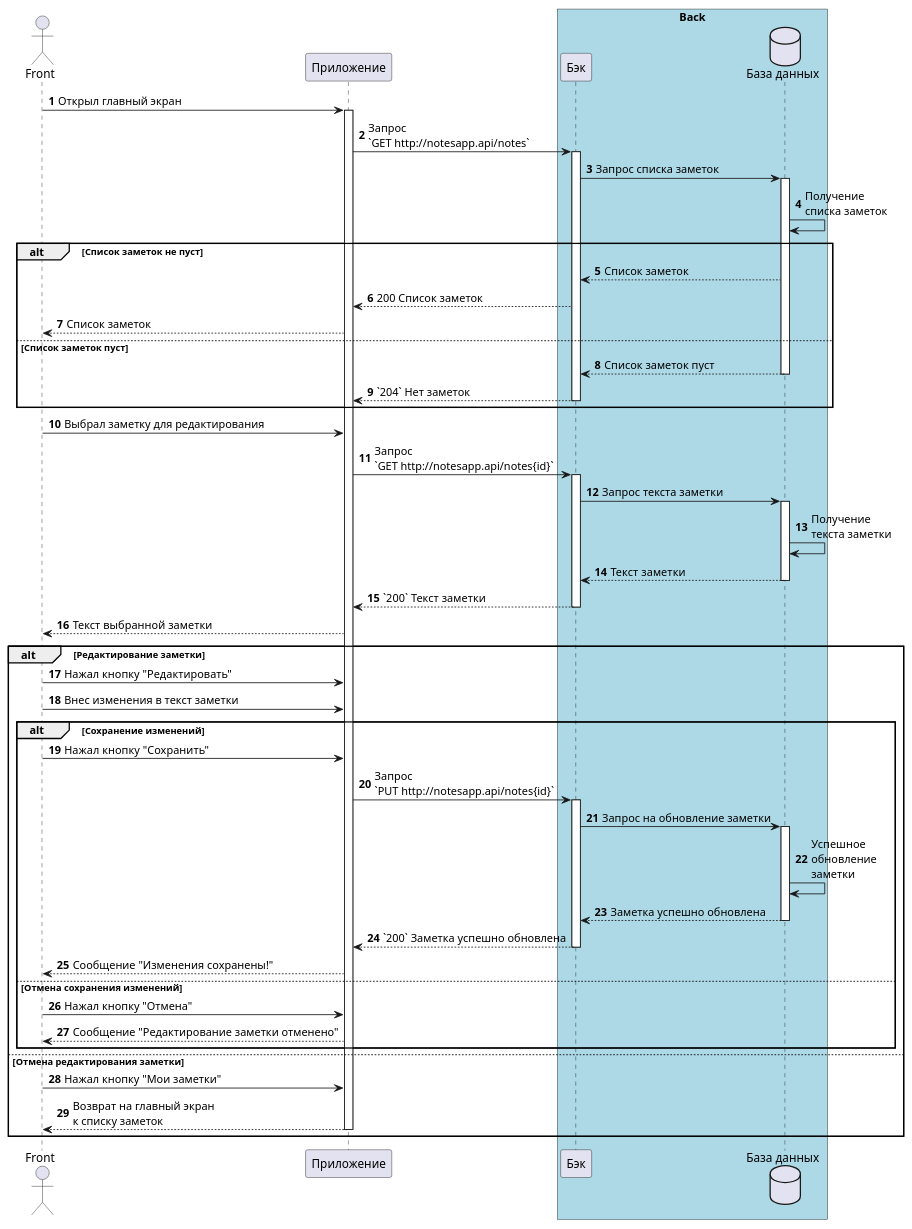
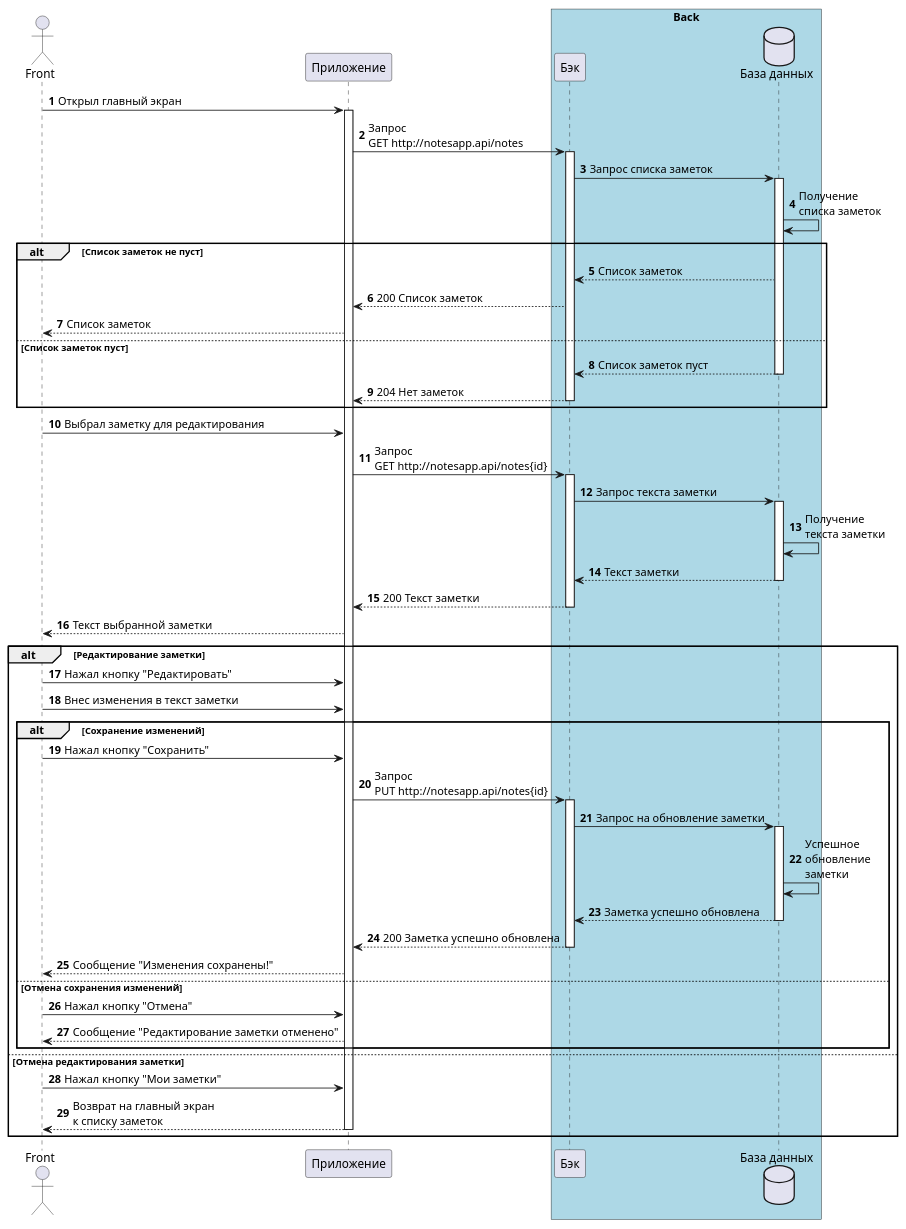
Before and after one commit to elena-chistyakova/study_manual: the diagram in docs/notesupp.md, drawn with PlantUML. The commit also changed other lines of this file, not shown here.

Commit message:
добавлен код  диаграммы puml

````diff
--- a/docs/notesupp.md
+++ b/docs/notesupp.md
@@ -41,52 +41,52 @@
 ```puml
 @startuml
 actor "Front" as front
 autonumber
 participant "Приложение" as app
 box "Back" #LightBlue
 participant "Бэк" as b
 database "База данных" as db
 end box
 
 front -> app++: Открыл главный экран
-app -> b++: Запрос\n`GET http://notesapp.api/notes`
+app -> b++: Запрос\nGET http://notesapp.api/notes
 b -> db++: Запрос списка заметок
 db -> db:  Получение\nсписка заметок
 alt Список заметок не пуст
 db --> b: Список заметок
 b --> app: 200 Список заметок
 app --> front: Список заметок
 else Список заметок пуст
 db --> b--: Список заметок пуст
-b --> app--: `204` Нет заметок
+b --> app--: 204 Нет заметок
 end
 
 front -> app: Выбрал заметку для редактирования
-app -> b++: Запрос\n`GET http://notesapp.api/notes{id}`
+app -> b++: Запрос\nGET http://notesapp.api/notes{id}
 b -> db++: Запрос текста заметки
 db -> db:  Получение\nтекста заметки
 db --> b--: Текст заметки
-b --> app--: `200` Текст заметки
+b --> app--: 200 Текст заметки
 app --> front: Текст выбранной заметки
 
 alt Редактирование заметки
 front -> app: Нажал кнопку "Редактировать"
 front -> app: Внес изменения в текст заметки
  alt Сохранение изменений
  front -> app: Нажал кнопку "Сохранить"
- app -> b++: Запрос\n`PUT http://notesapp.api/notes{id}`
+ app -> b++: Запрос\nPUT http://notesapp.api/notes{id}
  b -> db++: Запрос на обновление заметки
  db -> db: Успешное\nобновление\nзаметки
  db --> b--: Заметка успешно обновлена
- b --> app--: `200` Заметка успешно обновлена
+ b --> app--: 200 Заметка успешно обновлена
  app --> front: Сообщение "Изменения сохранены!"
  else Отмена сохранения изменений
  front -> app: Нажал кнопку "Отмена"
  app --> front: Сообщение "Редактирование заметки отменено"
  end
 else Отмена редактирования заметки
 front -> app: Нажал кнопку "Мои заметки"
 app --> front--: Возврат на главный экран\nк списку заметок
 end
 @enduml
 ```
````
